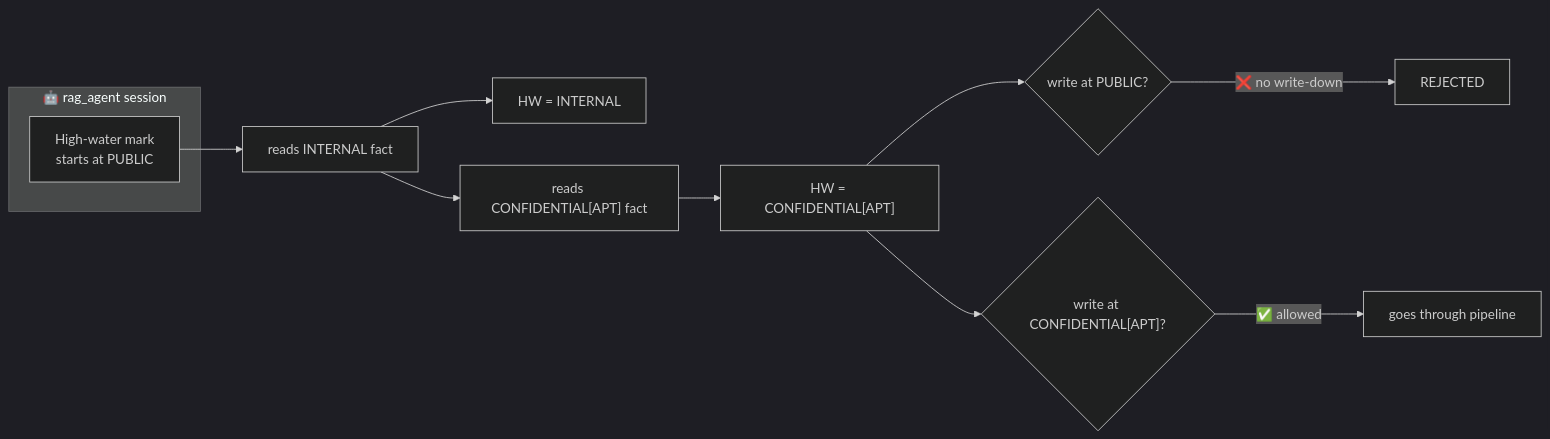
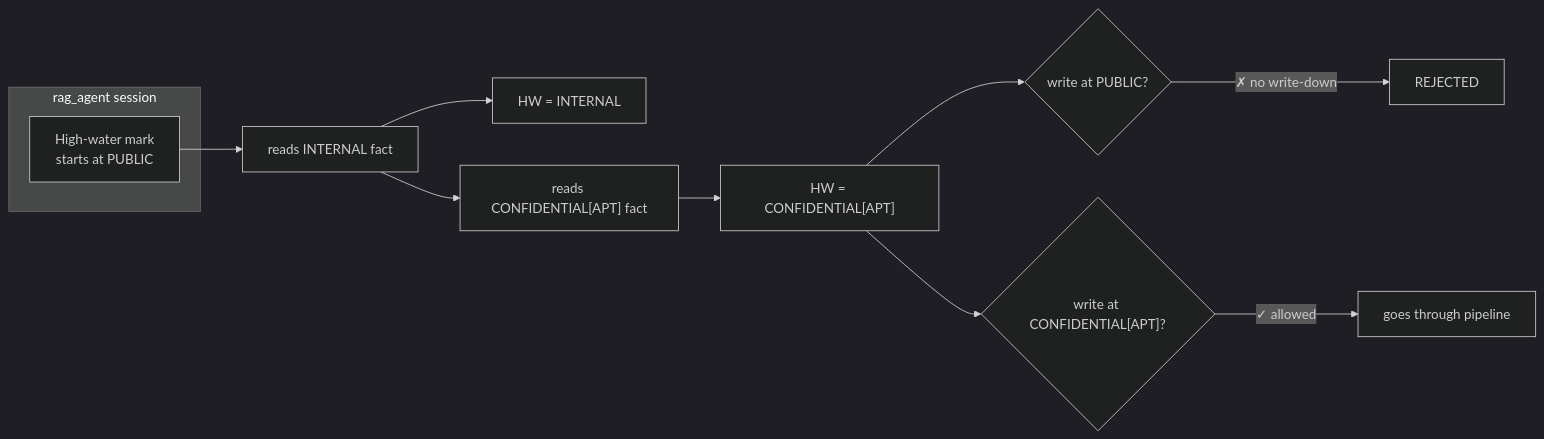
One commit to Prashasthi-18/Secure-Dynamic-Knowledge-Graph changed the fifth of 14 diagrams in README.md. Above: the diagram before and after it, drawn with Mermaid (dark theme). The commit also changed other lines of this file and 25 other files, not shown here.

````diff
--- a/README.md
+++ b/README.md
@@ -243,13 +270,13 @@
 ```mermaid
 flowchart LR
-    subgraph Session["🤖 rag_agent session"]
+    subgraph Session["rag_agent session"]
         HW["High-water mark<br/>starts at PUBLIC"]
     end
     R1["reads INTERNAL fact"] --> HW2["HW = INTERNAL"]
     R2["reads CONFIDENTIAL[APT] fact"] --> HW3["HW = CONFIDENTIAL[APT]"]
     HW --> R1 --> R2
     HW3 --> W1{"write at PUBLIC?"}
-    W1 -- "❌ no write-down" --> X["REJECTED"]
+    W1 -- "✗ no write-down" --> X["REJECTED"]
     HW3 --> W2{"write at CONFIDENTIAL[APT]?"}
-    W2 -- "✅ allowed" --> OK["goes through pipeline"]
+    W2 -- "✓ allowed" --> OK["goes through pipeline"]
 ```
````
